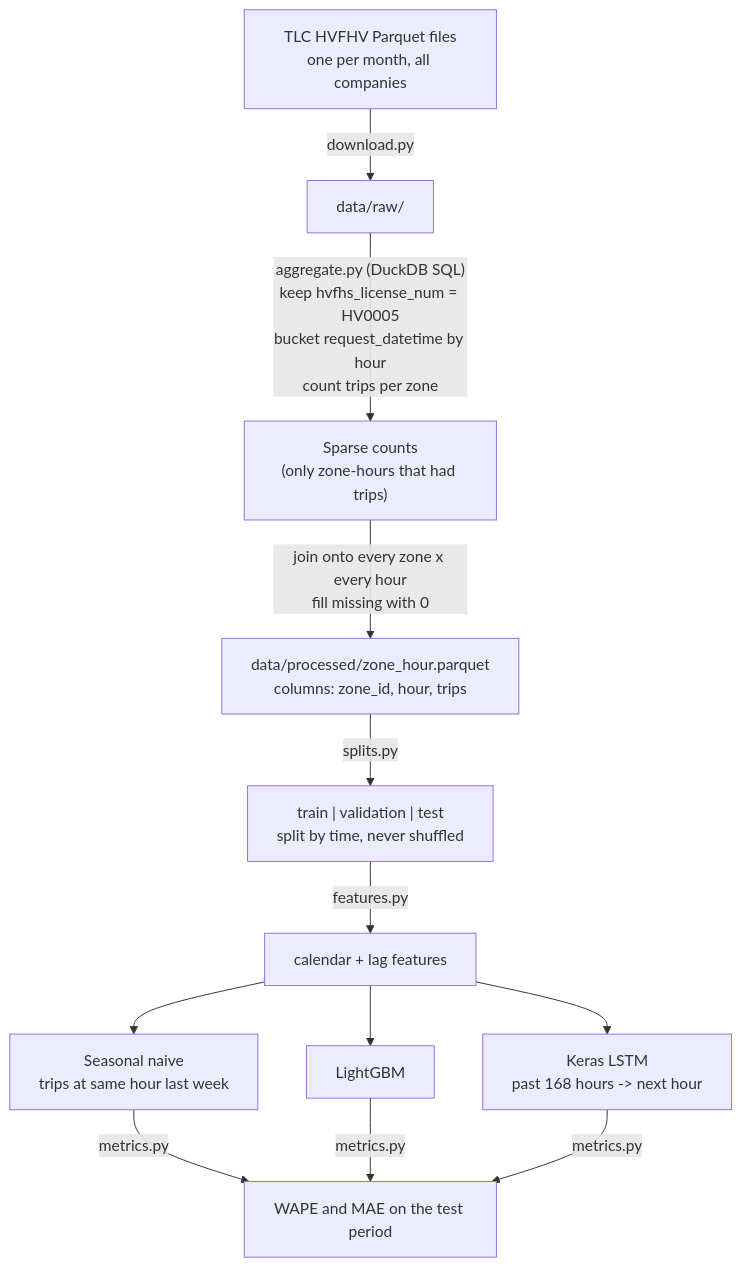
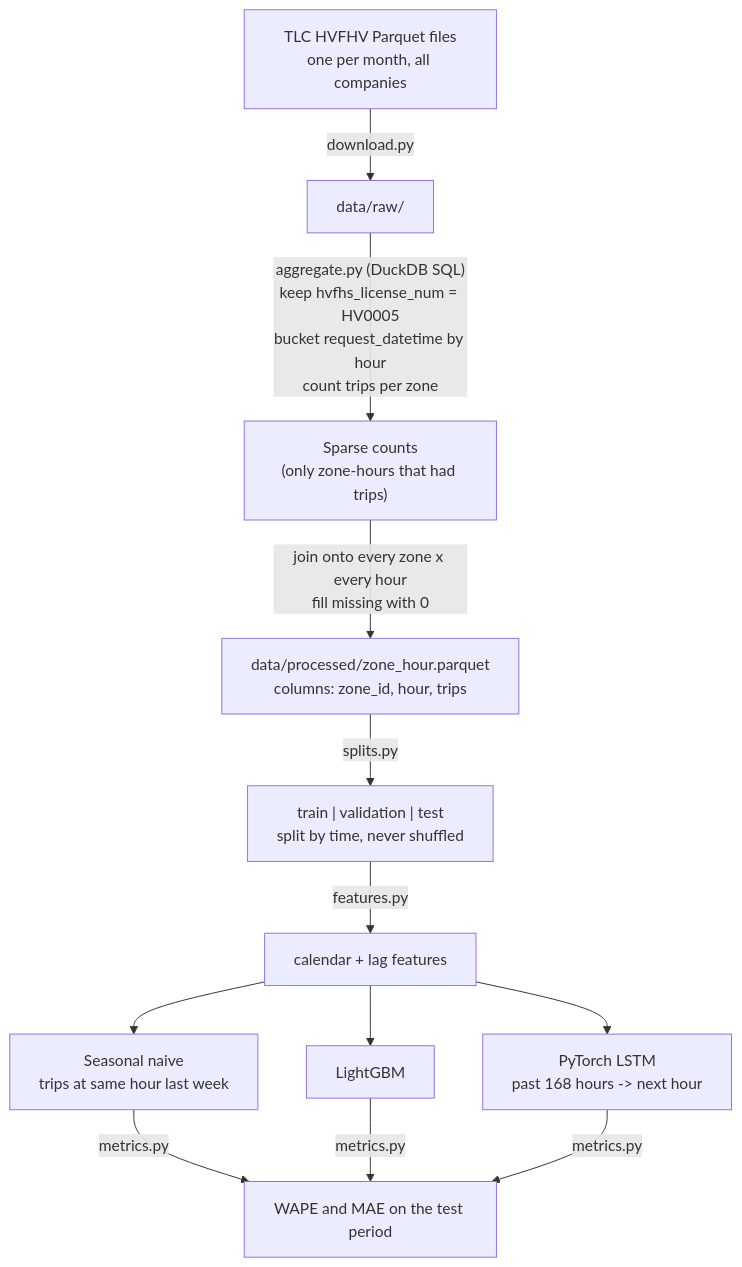
Before and after one commit to neilkava/ride-demand-forecasting: the first of 3 diagrams in docs/architecture.md, drawn with Mermaid. The commit also changed 8 other files, not shown here.

````diff
--- a/docs/architecture.md
+++ b/docs/architecture.md
@@ -7,12 +7,12 @@
 ```mermaid
 flowchart TD
     A["TLC HVFHV Parquet files<br/>one per month, all companies"] -->|download.py| B["data/raw/"]
     B -->|"aggregate.py (DuckDB SQL)<br/>keep hvfhs_license_num = HV0005<br/>bucket request_datetime by hour<br/>count trips per zone"| C["Sparse counts<br/>(only zone-hours that had trips)"]
     C -->|"join onto every zone x every hour<br/>fill missing with 0"| D["data/processed/zone_hour.parquet<br/>columns: zone_id, hour, trips"]
     D -->|splits.py| E["train | validation | test<br/>split by time, never shuffled"]
     E -->|features.py| F["calendar + lag features"]
     F --> G1["Seasonal naive<br/>trips at same hour last week"]
     F --> G2["LightGBM"]
-    F --> G3["Keras LSTM<br/>past 168 hours -> next hour"]
+    F --> G3["PyTorch LSTM<br/>past 168 hours -> next hour"]
     G1 & G2 & G3 -->|metrics.py| H["WAPE and MAE on the test period"]
 ```
````
